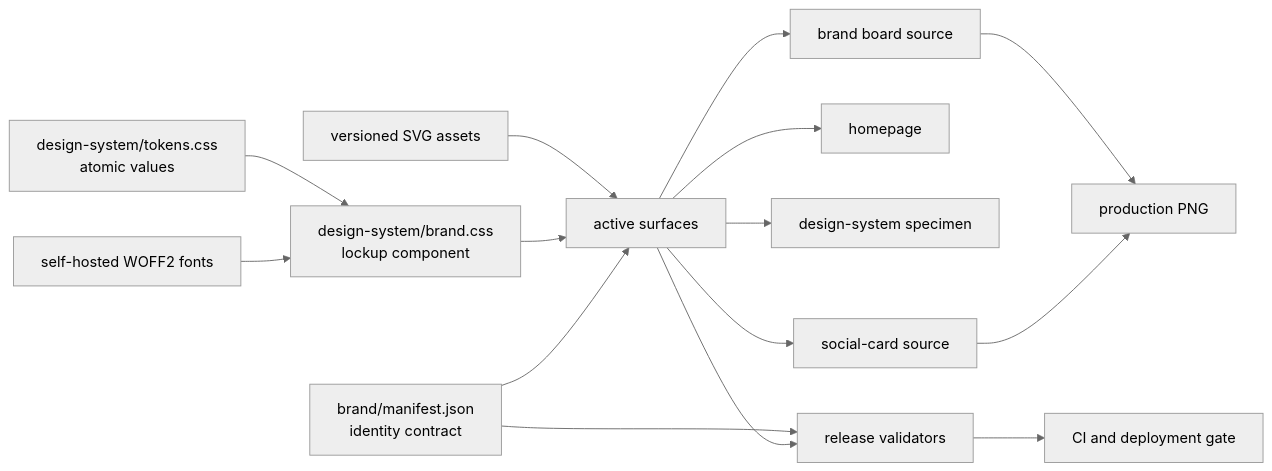
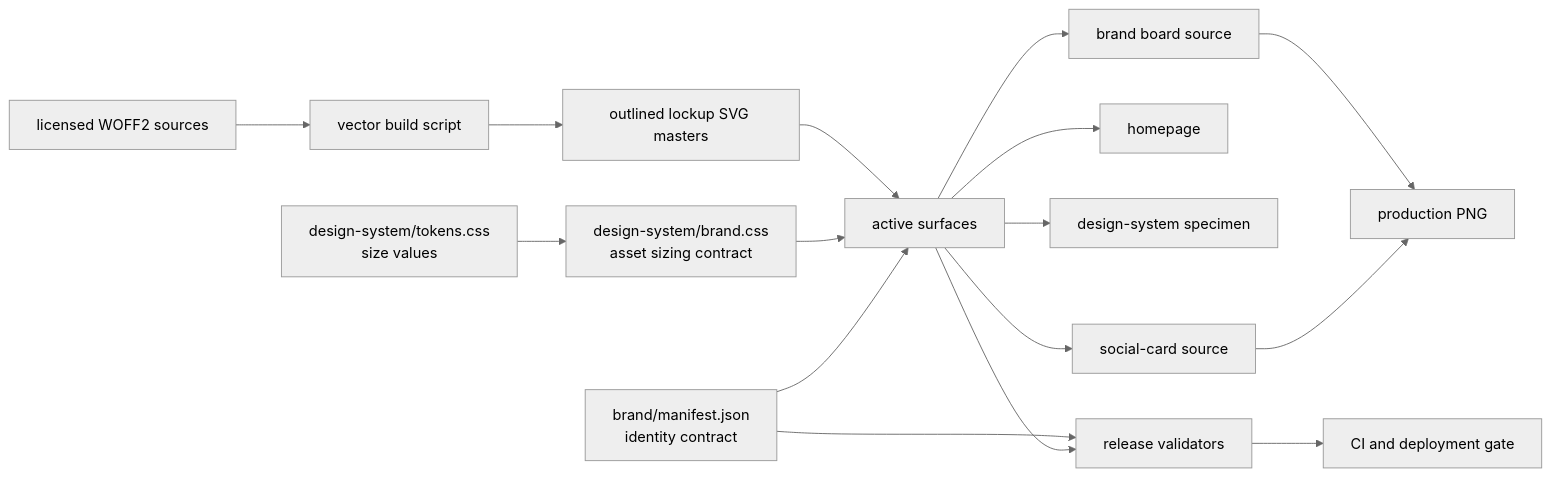
One commit to Openly-Useful/openlyuseful.org changed the diagram in design-system/ARCHITECTURE.md. Above: the diagram before and after it, drawn with Mermaid (neutral theme). The commit also changed other lines of this file and 28 other files, not shown here.

````diff
--- a/design-system/ARCHITECTURE.md
+++ b/design-system/ARCHITECTURE.md
@@ -33,17 +33,18 @@
 ```mermaid
 flowchart LR
   M["brand/manifest.json\nidentity contract"] --> V["release validators"]
-  T["design-system/tokens.css\natomic values"] --> B["design-system/brand.css\nlockup component"]
-  F["self-hosted WOFF2 fonts"] --> B
-  A["versioned SVG assets"] --> S["active surfaces"]
+  T["design-system/tokens.css\nsize values"] --> B["design-system/brand.css\nasset sizing contract"]
+  F["licensed WOFF2 sources"] --> G["vector build script"]
+  G --> A["outlined lockup SVG masters"]
+  A --> S["active surfaces"]
   B --> S
   M --> S
   S --> H["homepage"]
   S --> D["design-system specimen"]
   S --> K["brand board source"]
   S --> O["social-card source"]
   K --> P["production PNG"]
   O --> P
   V --> C["CI and deployment gate"]
   S --> V
 ```
````
